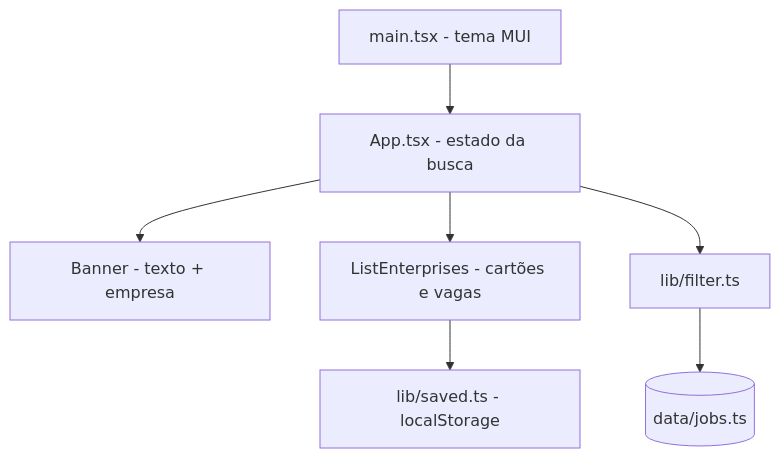
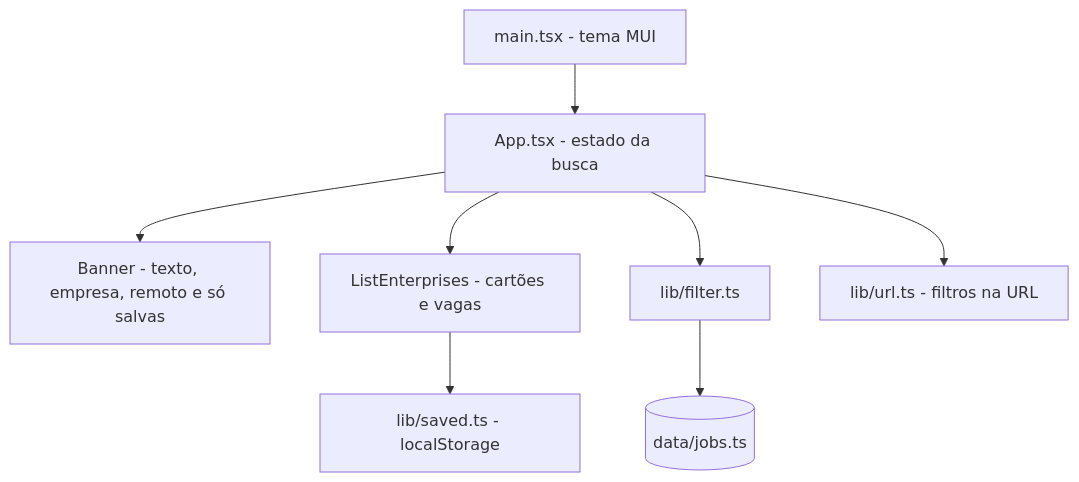
One commit to douglasabnovato/oxe-online changed the diagram in docs/ARQUITETURA.md. Above: the diagram before and after it, drawn with Mermaid. The commit also changed 3 other files, not shown here.

````diff
--- a/docs/ARQUITETURA.md
+++ b/docs/ARQUITETURA.md
@@ -3,9 +3,10 @@
 ```mermaid
 flowchart TB
   main[main.tsx - tema MUI] --> App[App.tsx - estado da busca]
-  App --> Banner[Banner - texto + empresa]
+  App --> Banner[Banner - texto, empresa, remoto e só salvas]
   App --> List[ListEnterprises - cartões e vagas]
   App --> filter[lib/filter.ts]
+  App --> url[lib/url.ts - filtros na URL]
   filter --> data[(data/jobs.ts)]
   List --> saved[lib/saved.ts - localStorage]
 ```
````
